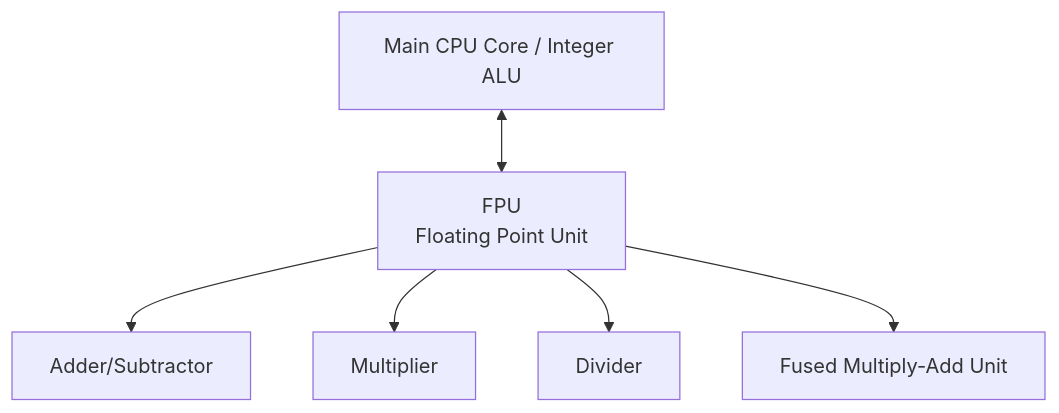
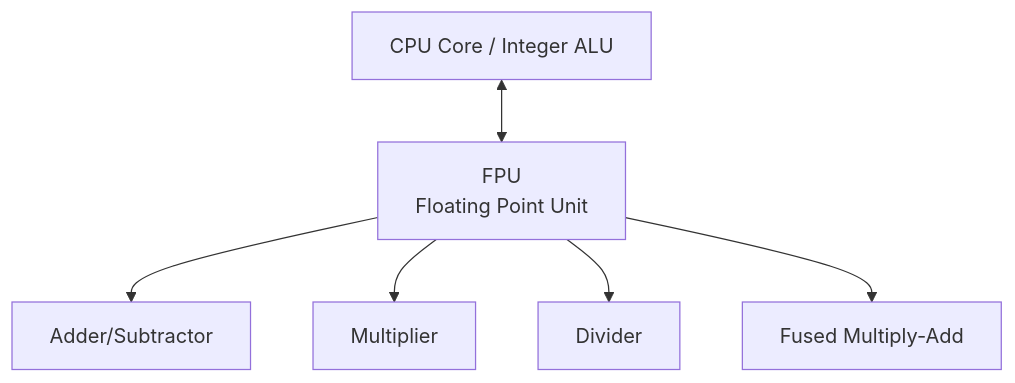
The sixth of 8 diagrams in FLP.md (Mohammad-Khoshroo/number-systems), drawn with Mermaid before and after one commit. The commit also changed other lines of this file and 1 other file, not shown here.

````diff
--- a/FLP.md
+++ b/FLP.md
@@ -279,8 +243,8 @@
 ```mermaid
 flowchart TD
-    CPU["Main CPU Core / Integer ALU"] <--> FPU["FPU<br/>Floating Point Unit"]
+    CPU["CPU Core / Integer ALU"] <--> FPU["FPU<br/>Floating Point Unit"]
     FPU --> FADD["Adder/Subtractor"]
     FPU --> FMUL["Multiplier"]
     FPU --> FDIV["Divider"]
-    FPU --> FMA["Fused Multiply-Add Unit"]
+    FPU --> FMA["Fused Multiply-Add"]
 ```
````
